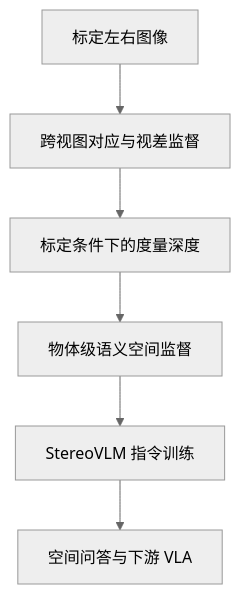
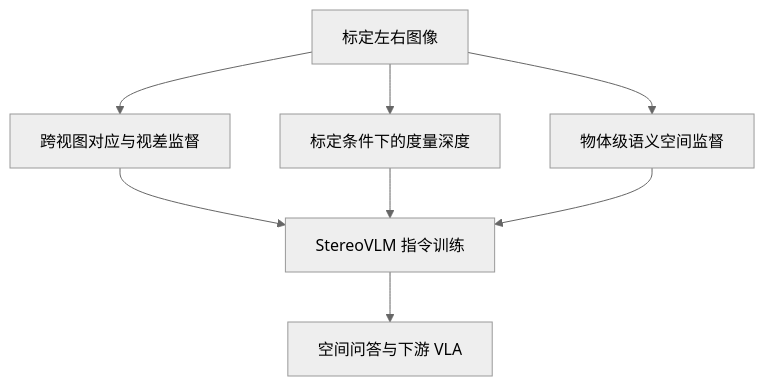
Before and after one commit to ImChong/Robotics_Notebooks: the diagram in wiki/entities/paper-stereovlm.md, drawn with Mermaid (neutral theme). The commit also changed other lines of this file and 13 other files, not shown here.

````diff
--- a/wiki/entities/paper-stereovlm.md
+++ b/wiki/entities/paper-stereovlm.md
@@ -55,14 +60,16 @@
 ```mermaid
 flowchart TD
     A["标定左右图像"]
     B["跨视图对应与视差监督"]
     C["标定条件下的度量深度"]
     D["物体级语义空间监督"]
     E["StereoVLM 指令训练"]
     F["空间问答与下游 VLA"]
     A --> B
-    B --> C
-    C --> D
+    A --> C
+    A --> D
+    B --> E
+    C --> E
     D --> E
     E --> F
 ```
````
